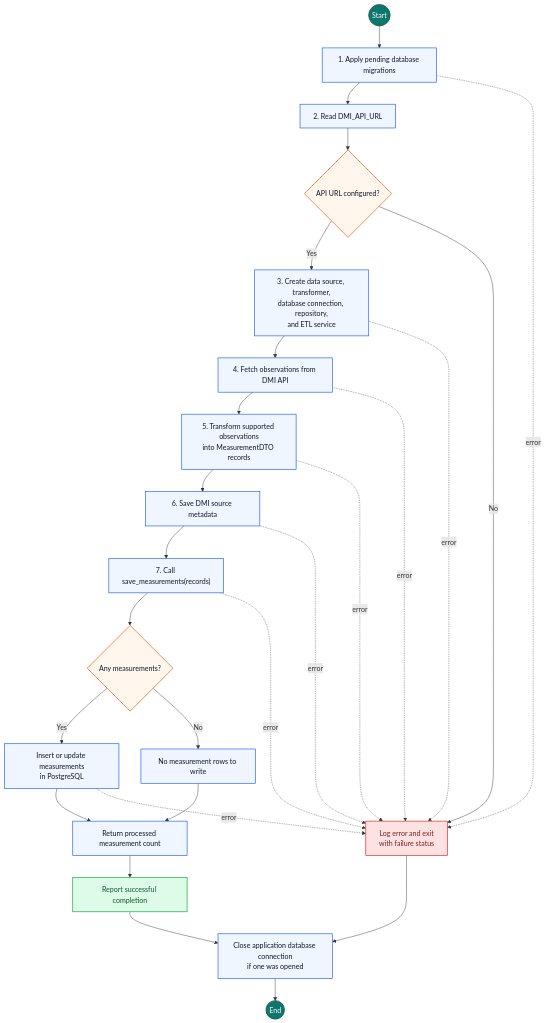
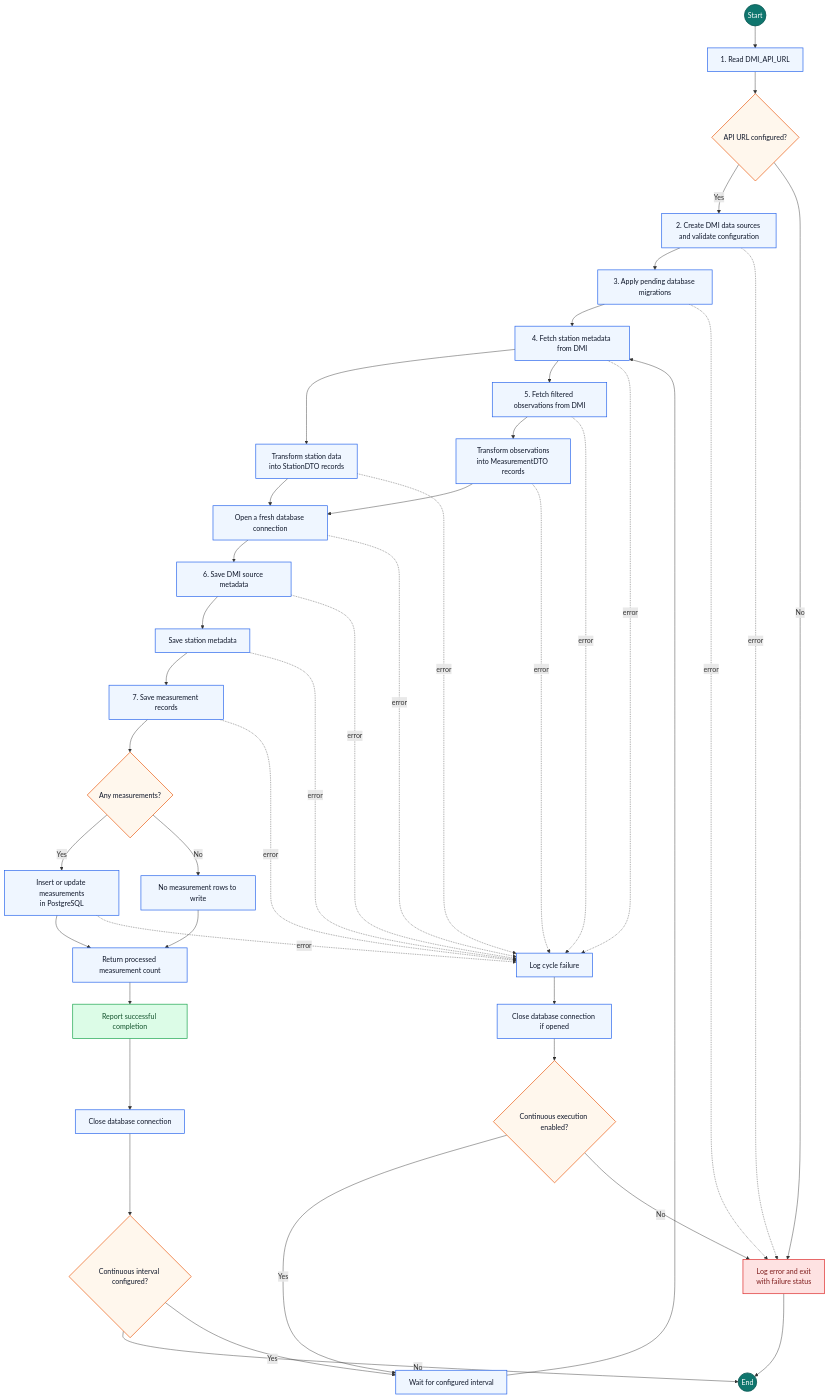
The third of 4 diagrams in README.md (mielouise/environment_data_project), drawn with Mermaid before and after one commit. The commit also changed other lines of this file and 32 other files, not shown here.

````diff
--- a/README.md
+++ b/README.md
@@ -330,51 +452,71 @@
 ```mermaid
 flowchart TD
     Start((Start))
-    InitSchema["1. Apply pending database migrations"]
-    ReadURL["2. Read DMI_API_URL"]
+    ReadURL["1. Read DMI_API_URL"]
     HasURL{"API URL configured?"}
-    BuildServices["3. Create data source, transformer,<br/>database connection, repository,<br/>and ETL service"]
-    Fetch["4. Fetch observations from DMI API"]
-    Transform["5. Transform supported observations<br/>into MeasurementDTO records"]
+    BuildSource["2. Create DMI data sources and validate configuration"]
+    InitSchema["3. Apply pending database migrations"]
+    FetchStations["4. Fetch station metadata from DMI"]
+    Fetch["5. Fetch filtered observations from DMI"]
+    TransformStations["Transform station data<br/>into StationDTO records"]
+    Transform["Transform observations<br/>into MeasurementDTO records"]
+    Connect["Open a fresh database connection"]
     SaveSource["6. Save DMI source metadata"]
-    SaveMeasurements["7. Call save_measurements(records)"]
+    SaveStations["Save station metadata"]
+    SaveMeasurements["7. Save measurement records"]
     HasRecords{"Any measurements?"}
     WriteRecords["Insert or update measurements<br/>in PostgreSQL"]
     NoRecords["No measurement rows to write"]
     Count["Return processed measurement count"]
     ReportSuccess["Report successful completion"]
     ReportFailure["Log error and exit<br/>with failure status"]
-    Cleanup["Close application database connection<br/>if one was opened"]
+    CycleFailure["Log cycle failure"]
+    Cleanup["Close database connection"]
+    FailureCleanup["Close database connection if opened"]
+    Continuous{"Continuous interval configured?"}
+    Retry{"Continuous execution enabled?"}
+    Wait["Wait for configured interval"]
     End((End))
 
-    Start --> InitSchema --> ReadURL --> HasURL
-    HasURL -->|Yes| BuildServices --> Fetch
-    Transform --> SaveSource
-    Fetch --> Transform
-    SaveSource --> SaveMeasurements --> HasRecords
+    Start --> ReadURL --> HasURL
+    HasURL -->|Yes| BuildSource --> InitSchema --> FetchStations
+    FetchStations --> TransformStations
+    FetchStations --> Fetch --> Transform
+    TransformStations --> Connect
+    Transform --> Connect --> SaveSource
+    SaveSource --> SaveStations --> SaveMeasurements --> HasRecords
     HasRecords -->|Yes| WriteRecords --> Count
     HasRecords -->|No| NoRecords --> Count
-    Count --> ReportSuccess --> Cleanup --> End
+    Count --> ReportSuccess --> Cleanup --> Continuous
+    Continuous -->|No| End
+    Continuous -->|Yes| Wait --> FetchStations
     HasURL -->|No| ReportFailure
-    ReportFailure --> Cleanup
+    ReportFailure --> End
 
+    BuildSource -. error .-> ReportFailure
     InitSchema -. error .-> ReportFailure
-    BuildServices -. error .-> ReportFailure
-    Fetch -. error .-> ReportFailure
-    Transform -. error .-> ReportFailure
-    SaveSource -. error .-> ReportFailure
-    SaveMeasurements -. error .-> ReportFailure
-    WriteRecords -. error .-> ReportFailure
+    FetchStations -. error .-> CycleFailure
+    Fetch -. error .-> CycleFailure
+    TransformStations -. error .-> CycleFailure
+    Transform -. error .-> CycleFailure
+    Connect -. error .-> CycleFailure
+    SaveSource -. error .-> CycleFailure
+    SaveStations -. error .-> CycleFailure
+    SaveMeasurements -. error .-> CycleFailure
+    WriteRecords -. error .-> CycleFailure
+    CycleFailure --> FailureCleanup --> Retry
+    Retry -->|Yes| Wait
+    Retry -->|No| ReportFailure
 
     classDef terminal fill:#0f766e,color:#ffffff,stroke:#115e59,stroke-width:2px
     classDef action fill:#eff6ff,color:#0f172a,stroke:#2563eb,stroke-width:1.5px
     classDef decision fill:#fff7ed,color:#0f172a,stroke:#ea580c,stroke-width:1.5px
     classDef success fill:#dcfce7,color:#14532d,stroke:#16a34a,stroke-width:1.5px
     classDef failure fill:#fee2e2,color:#7f1d1d,stroke:#dc2626,stroke-width:1.5px
 
     class Start,End terminal
-    class InitSchema,ReadURL,BuildServices,Fetch,Transform,SaveSource,SaveMeasurements,WriteRecords,NoRecords,Count,Cleanup action
-    class HasURL,HasRecords decision
+    class InitSchema,ReadURL,BuildSource,Connect,Fetch,Transform,TransformStations,FetchStations,SaveSource,SaveStations,SaveMeasurements,WriteRecords,NoRecords,Count,Cleanup,FailureCleanup,Wait,CycleFailure action
+    class HasURL,HasRecords,Continuous,Retry decision
     class ReportSuccess success
     class ReportFailure failure
 ```
````
